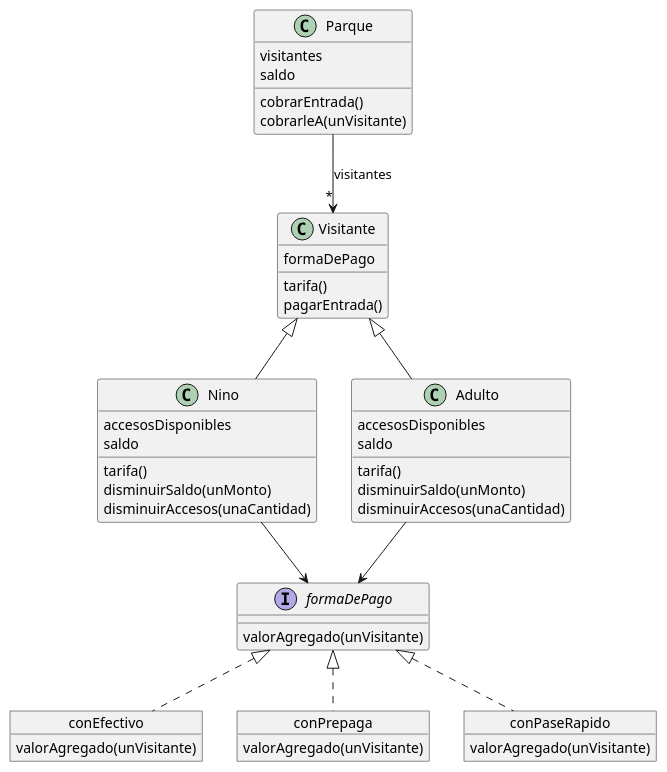
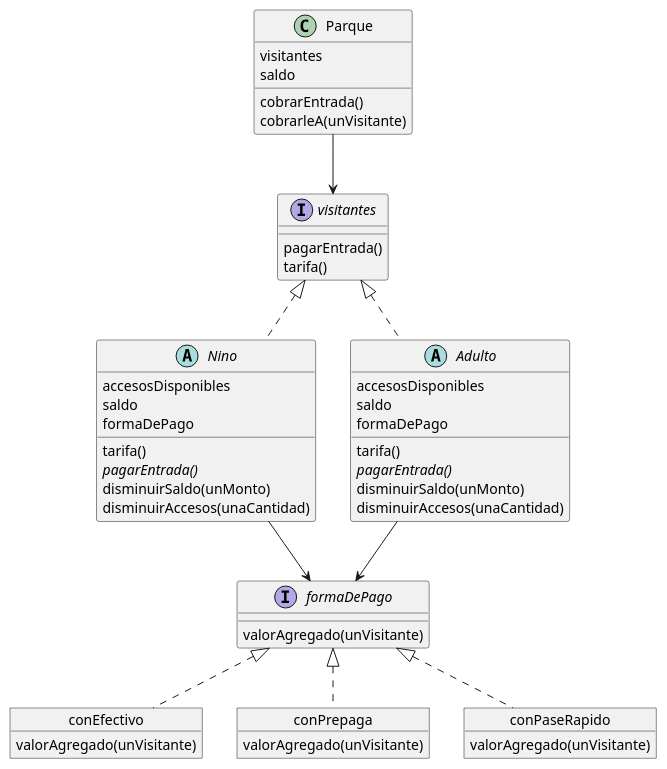
Before and after one commit to gonzivaser/Paradigmas-UTN: the diagram in Finales/Final 14-12-2024/Objetos/diagrama.plantuml, drawn with PlantUML. The commit also changed 4 other files, not shown here.

```diff
--- a/Finales/Final 14-12-2024/Objetos/diagrama.plantuml
+++ b/Finales/Final 14-12-2024/Objetos/diagrama.plantuml
@@ -1,63 +1,65 @@
 @startuml diagrama
 
 class Parque {
     visitantes
     saldo
 
     cobrarEntrada()
     cobrarleA(unVisitante)
 }
 
-class Visitante {
+interface visitantes {
+    pagarEntrada()
+    tarifa()
+}
+
+abstract class Nino {
+    accesosDisponibles
+    saldo
     formaDePago
 
     tarifa()
-    pagarEntrada()
-}
-
-class Nino extends Visitante {
-    accesosDisponibles
-    saldo
-
-    tarifa()
+    {abstract} pagarEntrada()
     disminuirSaldo(unMonto)
     disminuirAccesos(unaCantidad)
 }
 
-class Adulto extends Visitante {
+abstract class Adulto {
     accesosDisponibles
     saldo
+    formaDePago
 
     tarifa()
+    {abstract} pagarEntrada()
     disminuirSaldo(unMonto)
     disminuirAccesos(unaCantidad)
 }
 
 
 interface formaDePago {
     valorAgregado(unVisitante)
 }
 
 object conEfectivo {
     valorAgregado(unVisitante)
 }
 
 object conPrepaga {
     valorAgregado(unVisitante)
 }
 
 object conPaseRapido {
     valorAgregado(unVisitante)
 }
 
 
-Parque --> "*" Visitante : visitantes
+Parque --> visitantes 
+Nino .u.|> visitantes
+Adulto .u.|> visitantes
 Nino --> formaDePago
 Adulto --> formaDePago
 conEfectivo .u.|> formaDePago
 conPrepaga .u.|> formaDePago
 conPaseRapido .u.|> formaDePago
 
-
-
 @enduml
```
